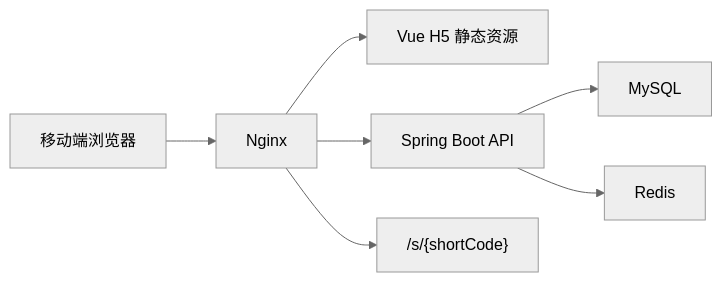
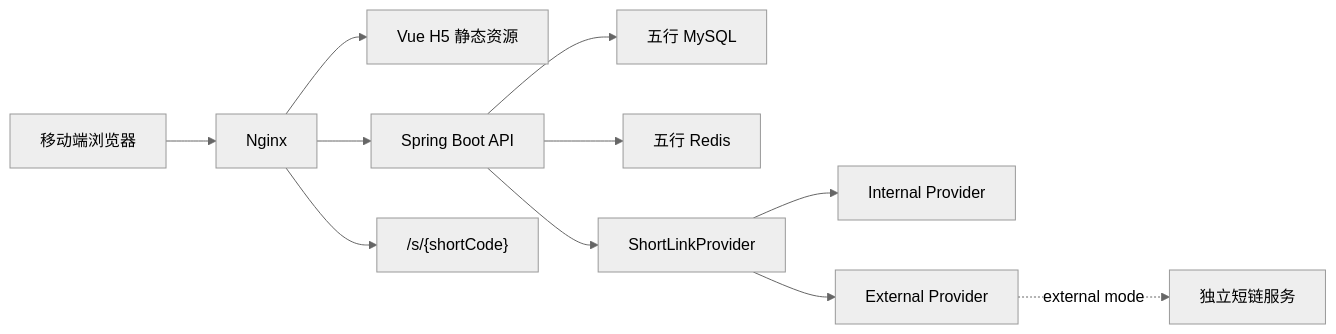
The first of 2 diagrams in README.md (Oliver1205/wuxing-persona-card), drawn with Mermaid (neutral theme) before and after one commit. The commit also changed other lines of this file and 23 other files, not shown here.

Commit message:
feat: integrate external shortlink service stats

````diff
--- a/README.md
+++ b/README.md
@@ -94,9 +96,13 @@
 ```mermaid
 flowchart LR
   Browser["移动端浏览器"] --> Nginx["Nginx"]
   Nginx --> Frontend["Vue H5 静态资源"]
   Nginx --> Api["Spring Boot API"]
   Nginx --> ShortEntry["/s/{shortCode}"]
-  Api --> MySQL["MySQL"]
-  Api --> Redis["Redis"]
+  Api --> MySQL["五行 MySQL"]
+  Api --> Redis["五行 Redis"]
+  Api --> Provider["ShortLinkProvider"]
+  Provider --> Internal["Internal Provider"]
+  Provider --> External["External Provider"]
+  External -. external mode .-> Shortlink["独立短链服务"]
 ```
````
